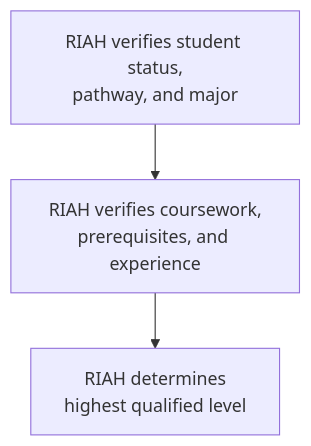
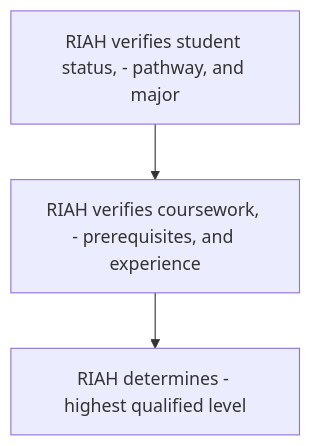
The third of 18 diagrams in RIAH-PATHWAY-EXPERIENTIAL-STRUCTURE/EXPERIENTIAL-STRUCTURE.md (RIAHPathway/Website-Draft), drawn with Mermaid before and after one commit. The commit also changed other lines of this file, not shown here.

Commit message:
RIAH Pathway.

````diff
--- a/RIAH-PATHWAY-EXPERIENTIAL-STRUCTURE/EXPERIENTIAL-STRUCTURE.md
+++ b/RIAH-PATHWAY-EXPERIENTIAL-STRUCTURE/EXPERIENTIAL-STRUCTURE.md
@@ -502,5 +502,5 @@
 ```mermaid
 flowchart TD
-    A["RIAH verifies student status,<br>pathway, and major"] --> B["RIAH verifies coursework,<br>prerequisites, and experience"]
-    B --> C["RIAH determines<br>highest qualified level"]
+    A["RIAH verifies student status, - pathway, and major"] --> B["RIAH verifies coursework, - prerequisites, and experience"]
+    B --> C["RIAH determines - highest qualified level"]
 ```
````
